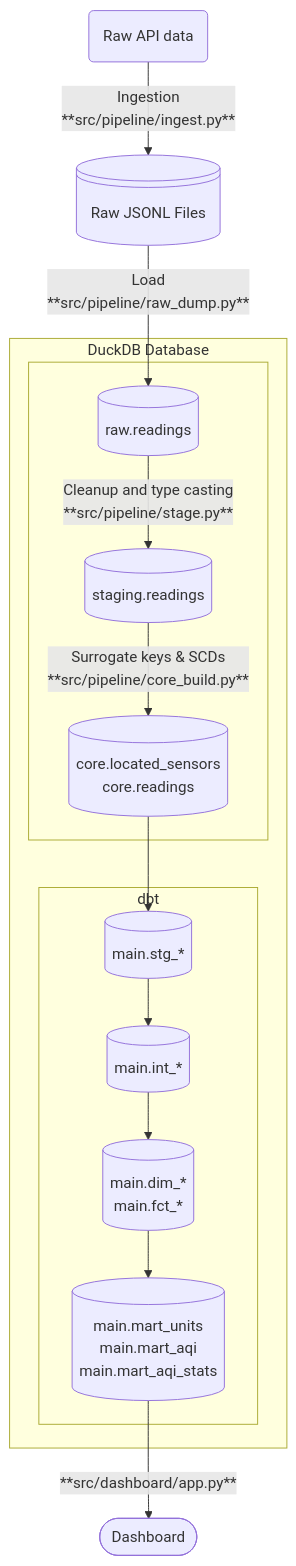
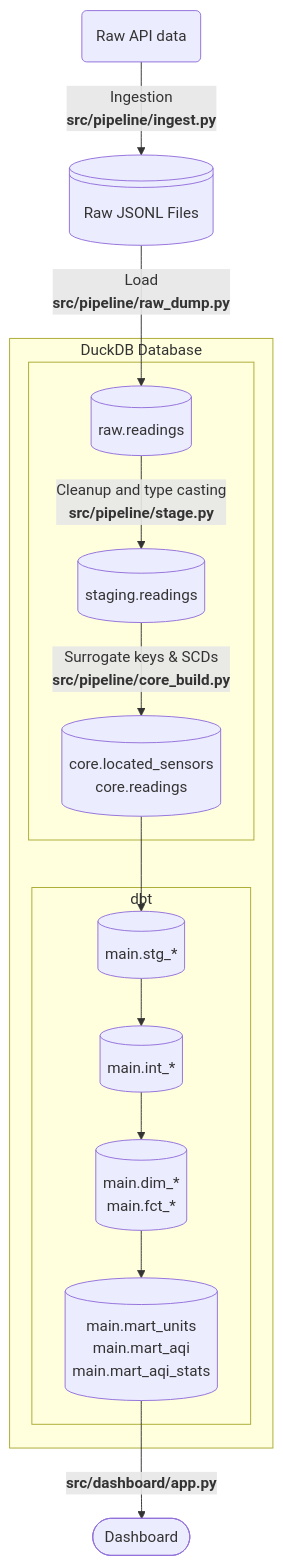
The second of 2 diagrams in README.md (danderbas/airelibre-analytics), drawn with Mermaid before and after one commit. The commit also changed other lines of this file, not shown here.

Commit message:
fix markdown diagrams

````diff
--- a/README.md
+++ b/README.md
@@ -87,21 +86,21 @@
 ```mermaid
 graph TD
-    API(Raw API data) --> |"Ingestion<br>**src/pipeline/ingest.py**"|JSONL@{ shape: lin-cyl, label: "Raw JSONL Files" }
-    JSONL --> |"Load<br>**src/pipeline/raw_dump.py**"| A[(raw.readings)]
+    API(Raw API data) --> |"`Ingestion<br>**src/pipeline/ingest.py**`"|JSONL@{ shape: lin-cyl, label: "Raw JSONL Files" }
+    JSONL --> |"`Load<br>**src/pipeline/raw_dump.py**`"| A[(raw.readings)]
 
     subgraph DuckDB Database
         subgraph pyblock[" "]
-            A -->|"Cleanup and type casting<br>**src/pipeline/stage.py**"| B[(staging.readings)]
-            B -->|"Surrogate keys & SCDs<br>**src/pipeline/core_build.py**"| C[(core.located_sensors<br>core.readings)]
+            A -->|"`Cleanup and type casting<br>**src/pipeline/stage.py**`"| B[(staging.readings)]
+            B -->|"`Surrogate keys & SCDs<br>**src/pipeline/core_build.py**`"| C[(core.located_sensors<br>core.readings)]
         end
         
         subgraph "dbt"
             C --> D[(main.stg_*)]
             D --> E[(main.int_*)]
             E --> F[(main.dim_*<br>main.fct_*)]
             F --> G[("main.mart_units<br>main.mart_aqi<br>main.mart_aqi_stats")]
         end
     end
     
-    G --> |"**src/dashboard/app.py**"| Dash([Dashboard])
+    G --> |"`**src/dashboard/app.py**`"| Dash([Dashboard])
 ```
````
